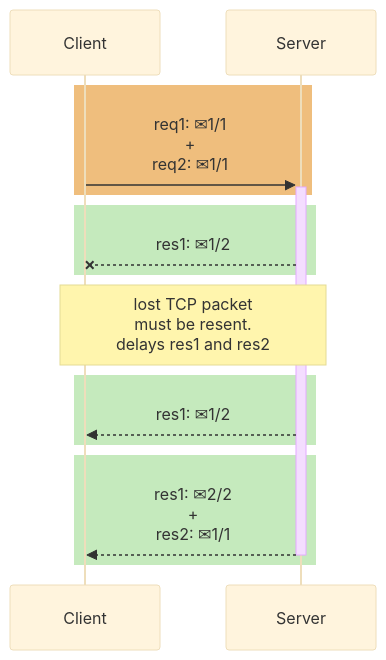
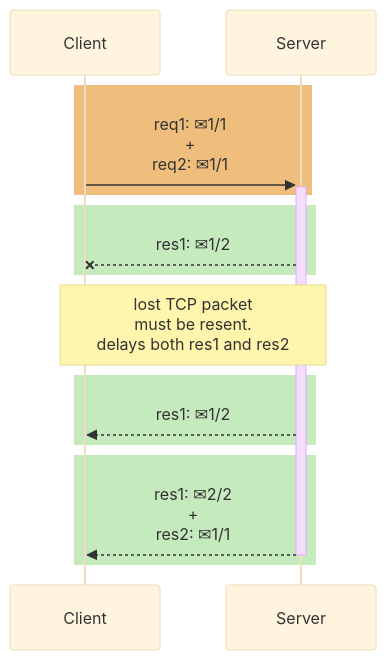
The third of 4 diagrams in src/posts/2024/03/http2-and-http3-explained.md (alexandrehtrb/alexandrehtrb.github.io), drawn with Mermaid (base theme) before and after one commit. The commit also changed other lines of this file and 1 other file, not shown here.

````diff
--- a/src/posts/2024/03/http2-and-http3-explained.md
+++ b/src/posts/2024/03/http2-and-http3-explained.md
@@ -157,16 +157,16 @@
 ```mermaid
 sequenceDiagram
     rect rgb(239, 190, 125)
         Client->>+Server: req1: #9993;1/1<br>+<br>req2: #9993;1/1
     end
     rect rgb(197, 234, 189)
         Server--xClient: res1: #9993;1/2
     end
-    Note over Client,Server: lost TCP packet<br>must be resent.<br>delays res1 and res2
+    Note over Client,Server: lost TCP packet<br>must be resent.<br>delays both res1 and res2
     rect rgb(197, 234, 189)
         Server-->>Client: res1: #9993;1/2
     end
     rect rgb(197, 234, 189)
         Server-->>-Client: res1: #9993;2/2<br>+<br>res2: #9993;1/1
     end
 ```
````
